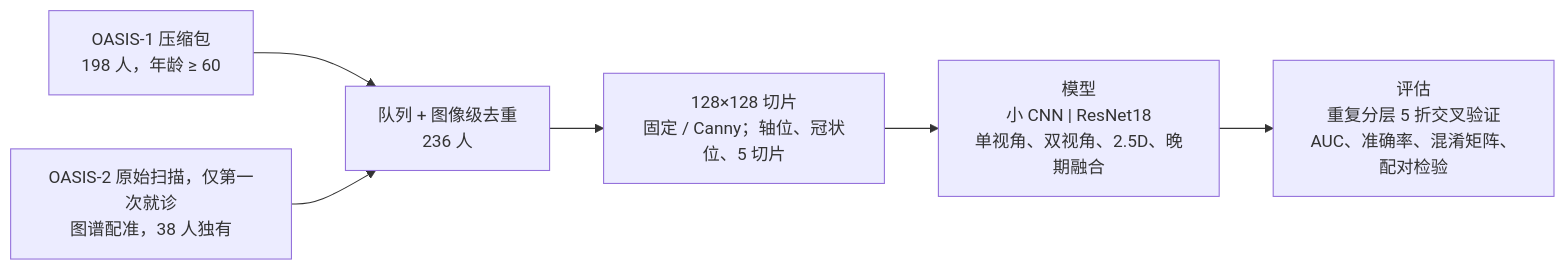
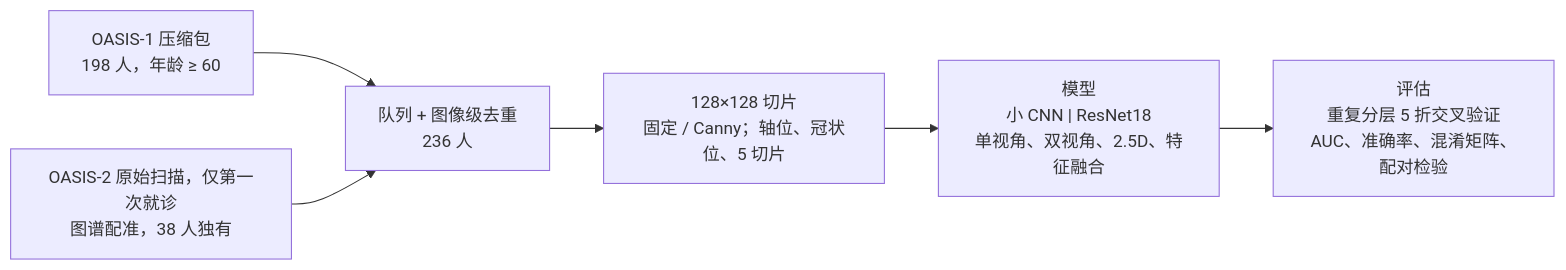
The second of 2 diagrams in README.md (LiaoJiakun/phm5005-MRI), drawn with Mermaid before and after one commit. The commit also changed other lines of this file and 7 other files, not shown here.

````diff
--- a/README.md
+++ b/README.md
@@ -227,8 +227,8 @@
 ```mermaid
 flowchart LR
   A["OASIS-1 压缩包<br/>198 人，年龄 ≥ 60"] --> C["队列 + 图像级去重<br/>236 人"]
   B["OASIS-2 原始扫描，仅第一次就诊<br/>图谱配准，38 人独有"] --> C
   C --> D["128×128 切片<br/>固定 / Canny；轴位、冠状位、5 切片"]
-  D --> E["模型<br/>小 CNN | ResNet18<br/>单视角、双视角、2.5D、晚期融合"]
+  D --> E["模型<br/>小 CNN | ResNet18<br/>单视角、双视角、2.5D、特征融合"]
   E --> F["评估<br/>重复分层 5 折交叉验证<br/>AUC、准确率、混淆矩阵、配对检验"]
 ```
````
